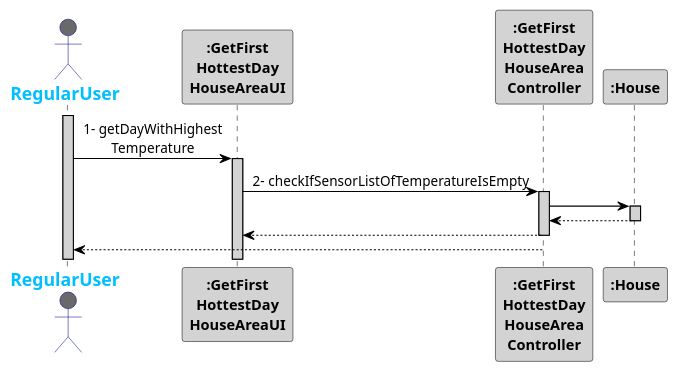
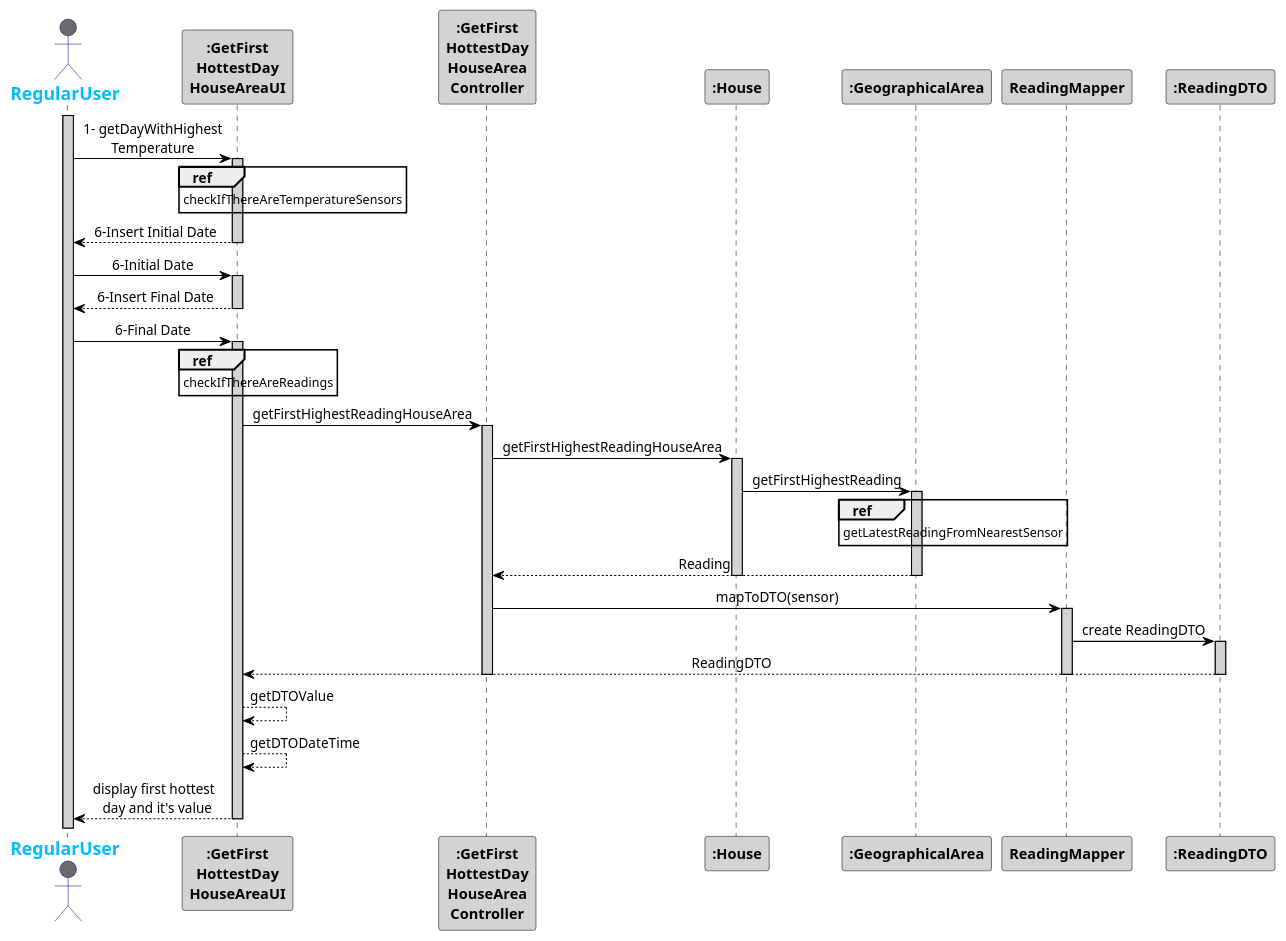
Before and after one commit to 1181687/hateoasToy: the diagram in src/main/java/pt/ipp/isep/dei/project/controllers/getFirstHottestDayHouseAreaController/SD_SequenceDiagramModel.puml, drawn with PlantUML. The commit also changed 2 other files, not shown here.

Commit message:
Addresses #121 - Updated sequence diagram, and included references.

```diff
--- a/src/main/java/pt/ipp/isep/dei/project/controllers/getFirstHottestDayHouseAreaController/SD_SequenceDiagramModel.puml
+++ b/src/main/java/pt/ipp/isep/dei/project/controllers/getFirstHottestDayHouseAreaController/SD_SequenceDiagramModel.puml
@@ -1,36 +1,71 @@
 @startuml
 skinparam sequenceMessageAlign center
 skinparam sequence {
-	ArrowColor Black
-	ActorBorderColor DarkBlue
-	LifeLineBorderColor black
-	LifeLineBackgroundColor LightGrey
+    ArrowColor Black
+    ActorBorderColor DarkBlue
+    LifeLineBorderColor black
+    LifeLineBackgroundColor LightGrey
 
-	ParticipantBorderColor Black
-	ParticipantBackgroundColor LightGrey
-	ParticipantFontStyle Bold
+    ParticipantBorderColor Black
+    ParticipantBackgroundColor LightGrey
+    ParticipantFontStyle Bold
 
-	ActorBackgroundColor DimGrey
-	ActorFontColor DeepSkyBlue
-	ActorFontStyle Bold
-	ActorFontSize 17
-	ActorFontName Aapex
+    ActorBackgroundColor DimGrey
+    ActorFontColor DeepSkyBlue
+    ActorFontStyle Bold
+    ActorFontSize 17
+    ActorFontName Aapex
 }
 
 actor RegularUser
 activate RegularUser
 RegularUser -> ":GetFirst\nHottestDay\nHouseAreaUI": 1- getDayWithHighest\nTemperature
+ref over ":GetFirst\nHottestDay\nHouseAreaUI"
+checkIfThereAreTemperatureSensors
+end
 activate ":GetFirst\nHottestDay\nHouseAreaUI"
-":GetFirst\nHottestDay\nHouseAreaUI" -> ":GetFirst\nHottestDay\nHouseArea\nController": 2- checkIfSensorListOfTemperatureIsEmpty
+
+
+
+":GetFirst\nHottestDay\nHouseAreaUI" --> "RegularUser": 6-Insert Initial Date
+deactivate ":GetFirst\nHottestDay\nHouseAreaUI"
+":GetFirst\nHottestDay\nHouseAreaUI" <- "RegularUser": 6-Initial Date
+activate ":GetFirst\nHottestDay\nHouseAreaUI"
+":GetFirst\nHottestDay\nHouseAreaUI" --> "RegularUser": 6-Insert Final Date
+deactivate ":GetFirst\nHottestDay\nHouseAreaUI"
+":GetFirst\nHottestDay\nHouseAreaUI" <- "RegularUser": 6-Final Date
+activate ":GetFirst\nHottestDay\nHouseAreaUI"
+ref over ":GetFirst\nHottestDay\nHouseAreaUI"
+checkIfThereAreReadings
+end
+":GetFirst\nHottestDay\nHouseAreaUI" -> ":GetFirst\nHottestDay\nHouseArea\nController": getFirstHighestReadingHouseArea
 activate ":GetFirst\nHottestDay\nHouseArea\nController"
-":GetFirst\nHottestDay\nHouseArea\nController" -> ":House":
+":GetFirst\nHottestDay\nHouseArea\nController" -> ":House": getFirstHighestReadingHouseArea
 activate ":House"
-":GetFirst\nHottestDay\nHouseArea\nController" <-- ":House":
+":House" ->":GeographicalArea": getFirstHighestReading
+activate ":GeographicalArea"
+ref over ":GeographicalArea"
+getLatestReadingFromNearestSensor
+end
+
+":GeographicalArea" --> ":GetFirst\nHottestDay\nHouseArea\nController" :Reading
+deactivate ":GeographicalArea"
 deactivate ":House"
-":GetFirst\nHottestDay\nHouseAreaUI" <-- ":GetFirst\nHottestDay\nHouseArea\nController":
-deactivate ":GetFirst\nHottestDay\nHouseArea\nController"
-RegularUser <-- ":GetFirst\nHottestDay\nHouseArea\nController":
+":GetFirst\nHottestDay\nHouseArea\nController" ->"ReadingMapper": mapToDTO(sensor)
+activate "ReadingMapper"
+"ReadingMapper" -> ":ReadingDTO": create ReadingDTO
+activate ":ReadingDTO"
+":ReadingDTO" --> ":GetFirst\nHottestDay\nHouseAreaUI": ReadingDTO
+deactivate ":ReadingDTO"
+
+deactivate "ReadingMapper"
 deactivate ":GetFirst\nHottestDay\nHouseArea\nController"
 
 
+":GetFirst\nHottestDay\nHouseAreaUI" --> ":GetFirst\nHottestDay\nHouseAreaUI" : getDTOValue
+":GetFirst\nHottestDay\nHouseAreaUI" --> ":GetFirst\nHottestDay\nHouseAreaUI" : getDTODateTime
+
+":GetFirst\nHottestDay\nHouseAreaUI" --> RegularUser : display first hottest \n day and it's value
+deactivate ":GetFirst\nHottestDay\nHouseAreaUI"
+
 @enduml
```
